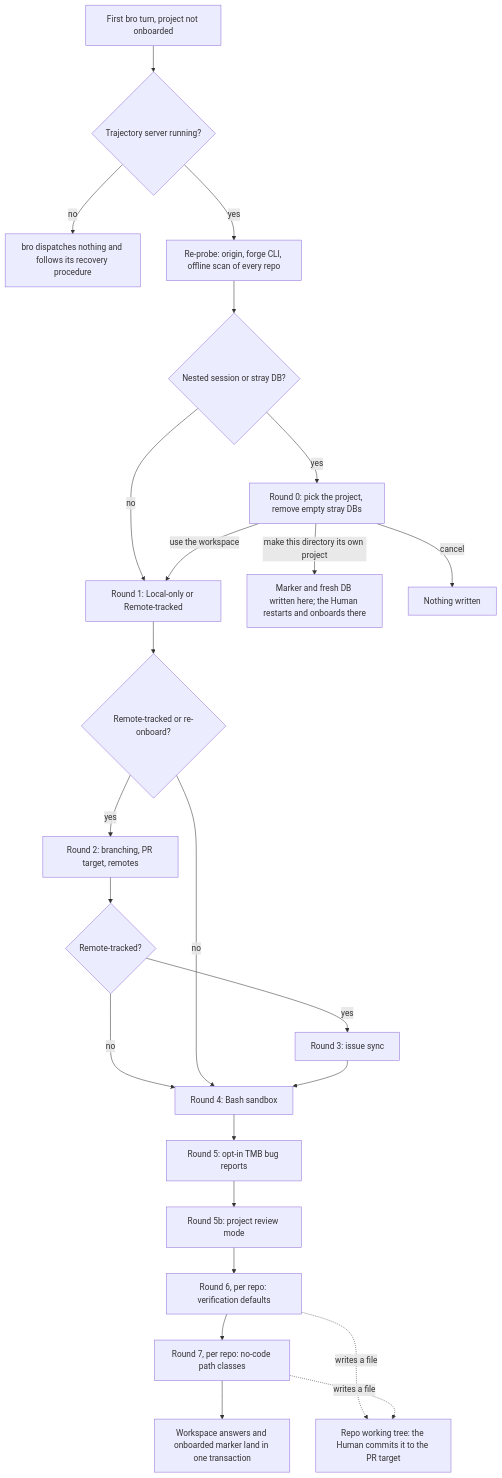
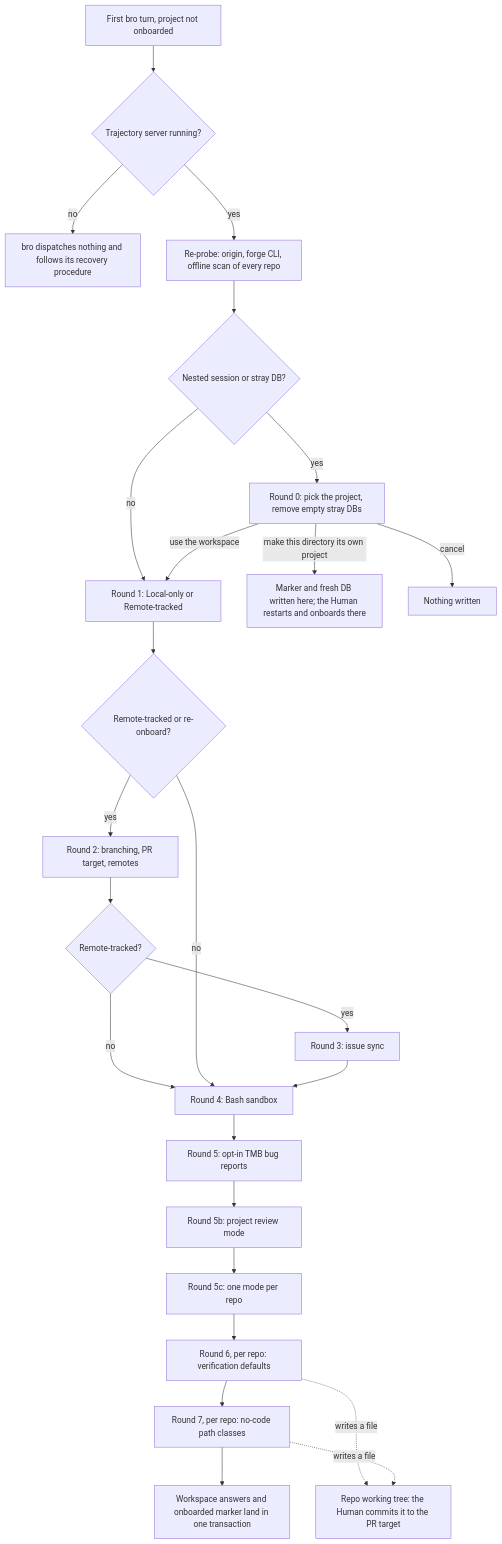
One commit to trustmybot/plugin changed the diagram in docs/architecture/ONBOARD.md. Above: the diagram before and after it, drawn with Mermaid. The commit also changed other lines of this file and 10 other files, not shown here.

First line of the commit message:
✨ feat(onboard): ask one mode per repo (GH 3281)

````diff
--- a/docs/architecture/ONBOARD.md
+++ b/docs/architecture/ONBOARD.md
@@ -5,26 +5,27 @@
 ```mermaid
 flowchart TD
     A[First bro turn, project not onboarded] --> S{Trajectory server running?}
     S -- no --> X1[bro dispatches nothing and follows its recovery procedure]
     S -- yes --> B[Re-probe: origin, forge CLI, offline scan of every repo]
     B --> R0{Nested session or stray DB?}
     R0 -- yes --> C0[Round 0: pick the project, remove empty stray DBs]
     R0 -- no --> C1
     C0 -- use the workspace --> C1[Round 1: Local-only or Remote-tracked]
     C0 -- make this directory its own project --> Z1[Marker and fresh DB written here; the Human restarts and onboards there]
     C0 -- cancel --> Z2[Nothing written]
     C1 --> RT{Remote-tracked or re-onboard?}
     RT -- yes --> C2[Round 2: branching, PR target, remotes]
     C2 --> RS{Remote-tracked?}
     RS -- yes --> C3[Round 3: issue sync]
     RS -- no --> C4
     RT -- no --> C4
     C3 --> C4[Round 4: Bash sandbox]
     C4 --> C5[Round 5: opt-in TMB bug reports]
     C5 --> C5b[Round 5b: project review mode]
-    C5b --> C6[Round 6, per repo: verification defaults]
+    C5b --> C5c[Round 5c: one mode per repo]
+    C5c --> C6[Round 6, per repo: verification defaults]
     C6 --> C7[Round 7, per repo: no-code path classes]
     C7 --> D[Workspace answers and onboarded marker land in one transaction]
     C6 -. writes a file .-> F[Repo working tree: the Human commits it to the PR target]
     C7 -. writes a file .-> F
 ```
````
